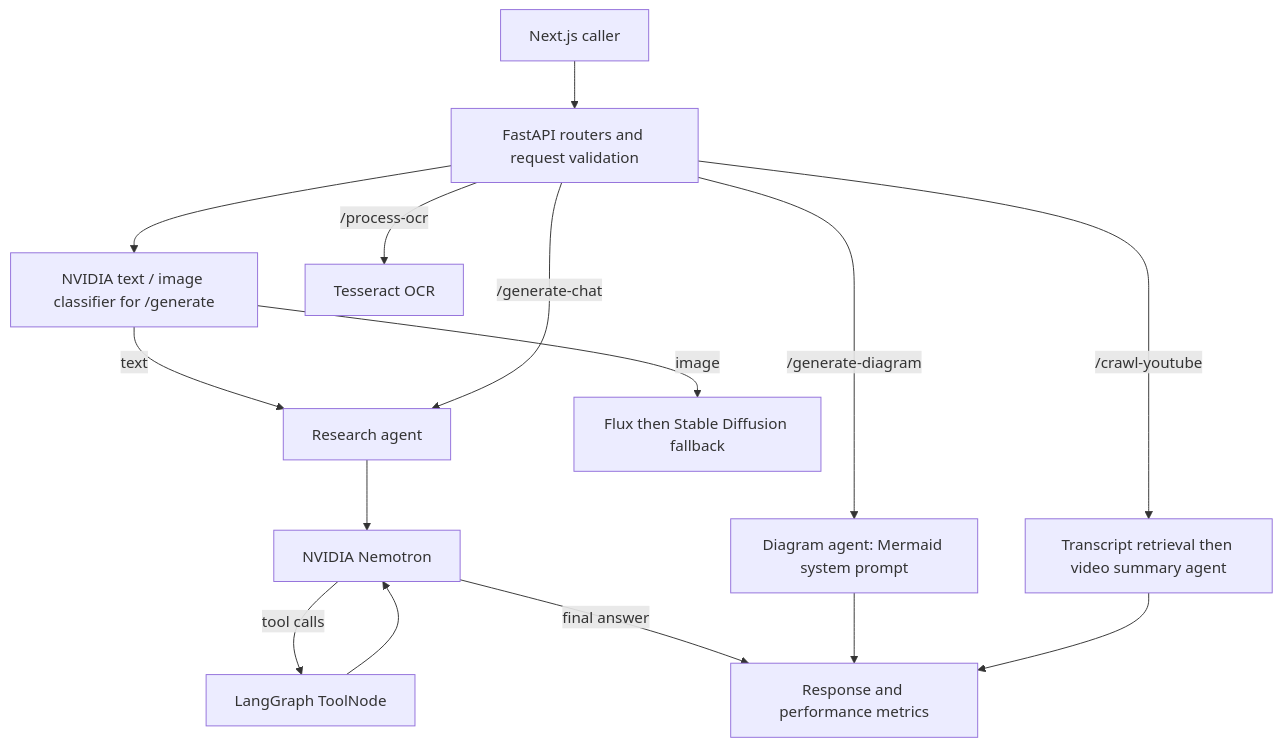
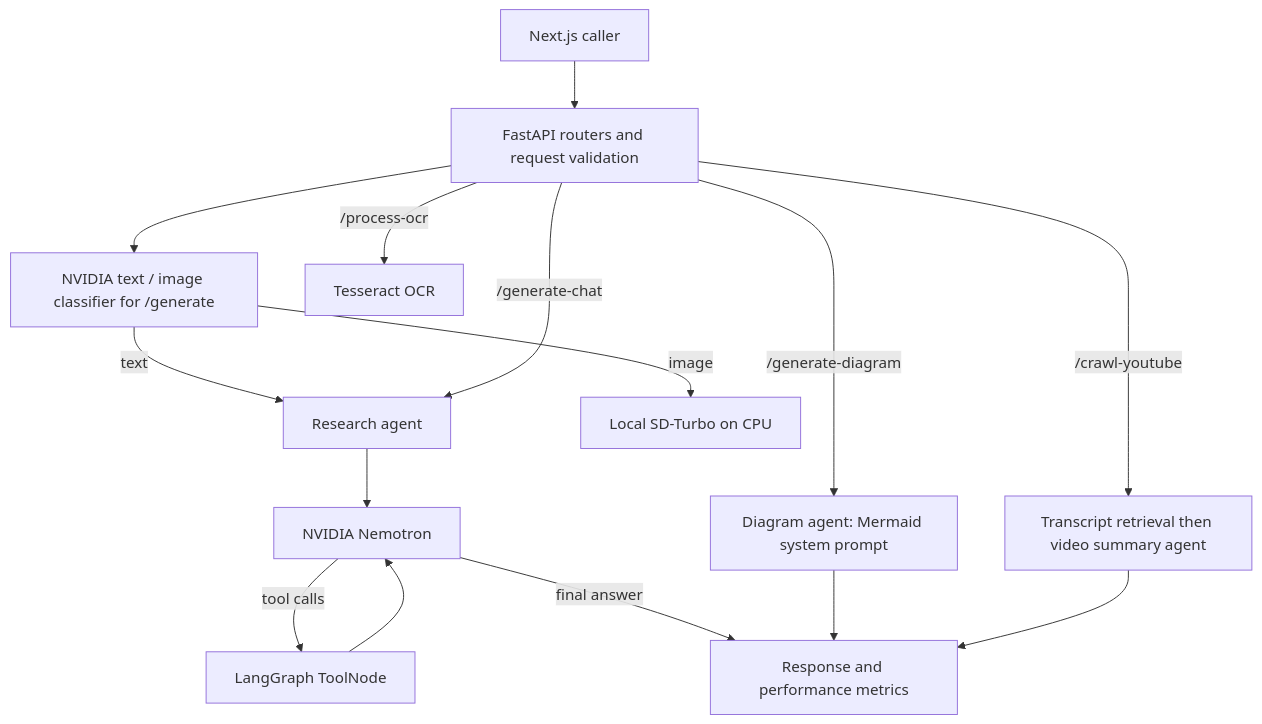
One commit to SuhasKanwar/SophiaNet-Microservice changed the diagram in README.md. Above: the diagram before and after it, drawn with Mermaid. The commit also changed other lines of this file and 10 other files, not shown here.

Commit message:
Replace paid image defaults with verified local SD-Turbo generation

````diff
--- a/README.md
+++ b/README.md
@@ -73,17 +73,17 @@
 ```mermaid
 flowchart TD
     Web[Next.js caller] --> API[FastAPI routers and request validation]
     API --> Classifier[NVIDIA text / image classifier for /generate]
     Classifier -->|text| Research[Research agent]
-    Classifier -->|image| Images[Flux then Stable Diffusion fallback]
+    Classifier -->|image| Images[Local SD-Turbo on CPU]
     API -->|/generate-chat| Research
     Research --> Model[NVIDIA Nemotron]
     Model -->|tool calls| Tools[LangGraph ToolNode]
     Tools --> Model
     Model -->|final answer| Reply[Response and performance metrics]
     API -->|/generate-diagram| Diagram[Diagram agent: Mermaid system prompt]
     API -->|/crawl-youtube| Video[Transcript retrieval then video summary agent]
     Diagram --> Reply
     Video --> Reply
     API -->|/process-ocr| OCR[Tesseract OCR]
 ```
````
